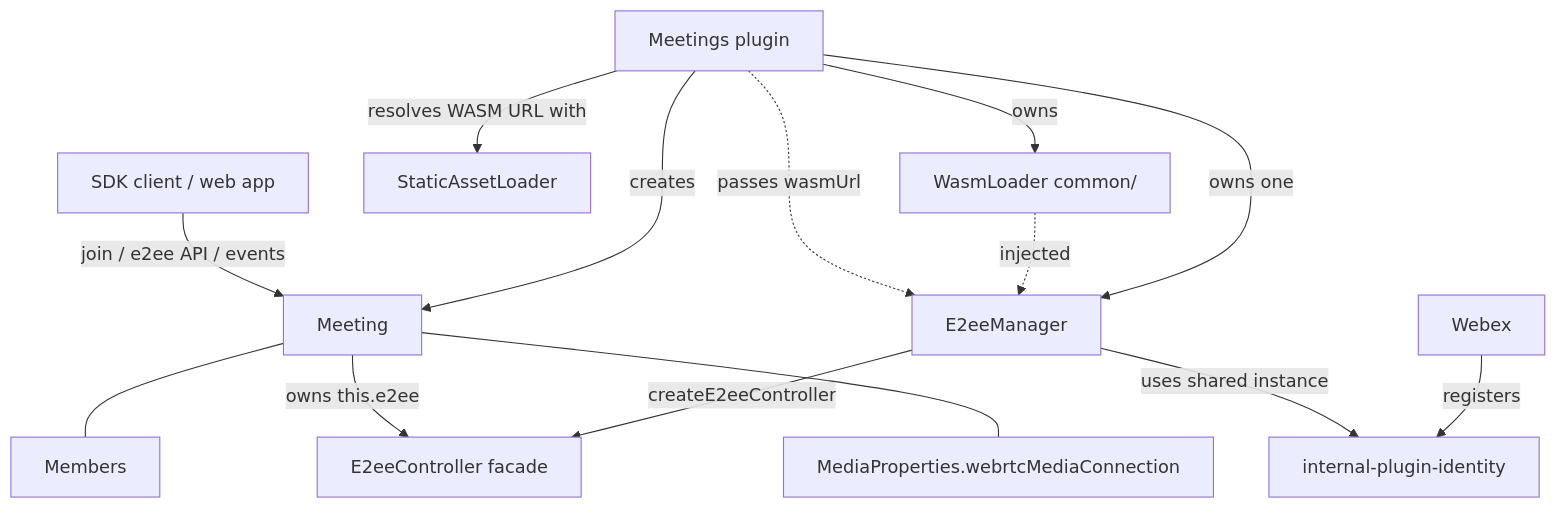
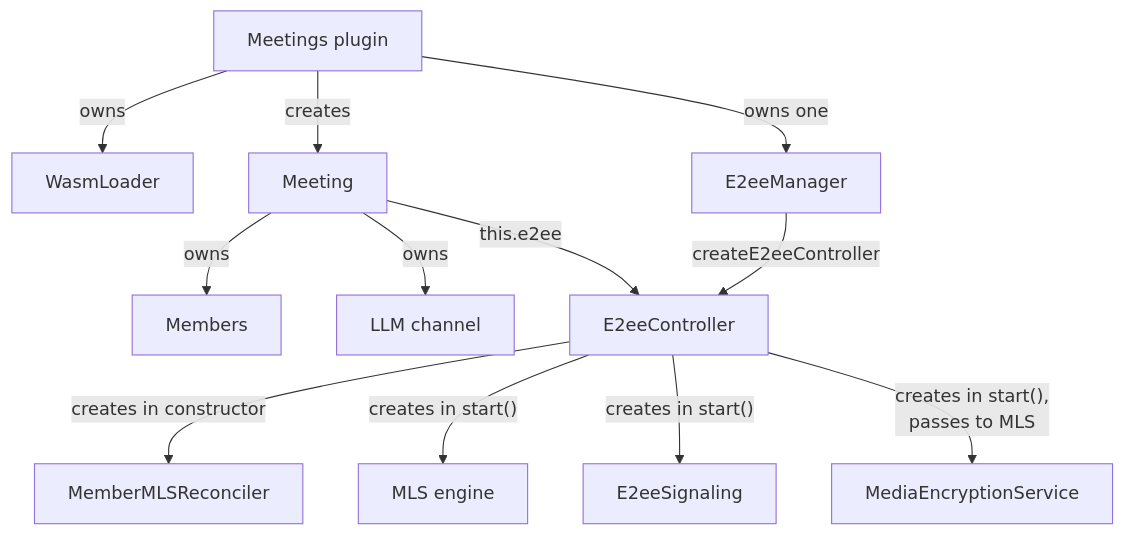
Before and after one commit to webex/webex-js-sdk: the first of 3 diagrams in packages/@webex/plugin-meetings/src/e2ee/DESIGN.md, drawn with Mermaid. The commit also changed other lines of this file, not shown here.

````diff
--- a/packages/@webex/plugin-meetings/src/e2ee/DESIGN.md
+++ b/packages/@webex/plugin-meetings/src/e2ee/DESIGN.md
@@ -105,16 +68,14 @@
 ```mermaid
 graph TD
-    Meetings[Meetings plugin] -->|creates| Meeting[Meeting]
-    Meetings -->|owns| WasmLoader[WasmLoader common/]
-    Meetings -->|resolves WASM URL with| Assets[StaticAssetLoader]
+    Meetings[Meetings plugin] -->|owns| WasmLoader
     Meetings -->|owns one| Mgr[E2eeManager]
-    WasmLoader -.->|injected| Mgr
-    Meetings -.->|passes wasmUrl| Mgr
-    Webex -->|registers| Ident[internal-plugin-identity]
-    Mgr -->|uses shared instance| Ident
-    Mgr -->|createE2eeController| E2eeController[E2eeController facade]
-    Meeting -->|owns this.e2ee| E2eeController
-    App[SDK client / web app] -->|join / e2ee API / events| Meeting
-    Meeting --- Members
-    Meeting --- MediaProps[MediaProperties.webrtcMediaConnection]
+    Meetings -->|creates| Meeting
+    Meeting -->|owns| Members
+    Meeting -->|owns| LLM[LLM channel]
+    Mgr -->|createE2eeController| Ctl[E2eeController]
+    Meeting -->|this.e2ee| Ctl
+    Ctl -->|creates in constructor| Recon[MemberMLSReconciler]
+    Ctl -->|"creates in start()"| MLS[MLS engine]
+    Ctl -->|"creates in start()"| Sig[E2eeSignaling]
+    Ctl -->|"creates in start(),<br/>passes to MLS"| Svc[MediaEncryptionService]
 ```
````
